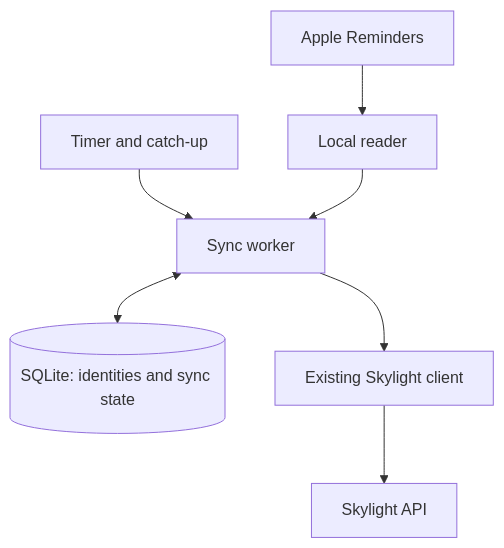
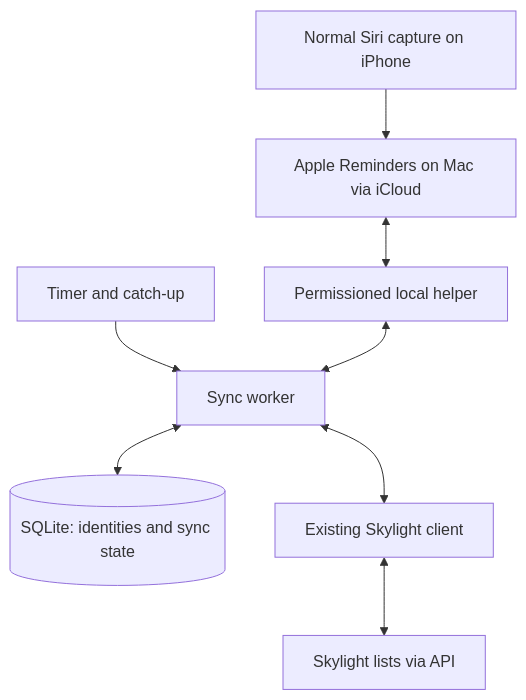
Before and after one commit to kevinmanase/kevinmanase.com: the second of 2 diagrams in content/posts/i-bought-a-calendar-got-a-side-project.mdx, drawn with Mermaid. The commit also changed other lines of this file, not shown here.

Commit message:
Explain Skylight automation tradeoffs and completion sync

````diff
--- a/content/posts/i-bought-a-calendar-got-a-side-project.mdx
+++ b/content/posts/i-bought-a-calendar-got-a-side-project.mdx
@@ -107,9 +119,10 @@
 ```mermaid
 flowchart TD
-    R["Apple Reminders"] --> H["Local reader"]
+    P["Normal Siri capture on iPhone"] --> R["Apple Reminders on Mac via iCloud"]
+    R <--> H["Permissioned local helper"]
     T["Timer and catch-up"] --> S["Sync worker"]
-    H --> S
+    H <--> S
     S <--> DB[("SQLite: identities and sync state")]
-    S --> C["Existing Skylight client"]
-    C --> A["Skylight API"]
+    S <--> C["Existing Skylight client"]
+    C <--> A["Skylight lists via API"]
 ```
````
